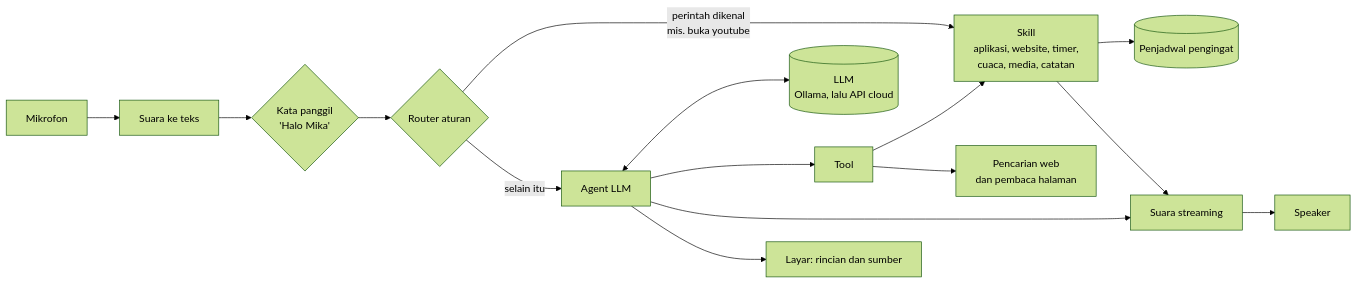
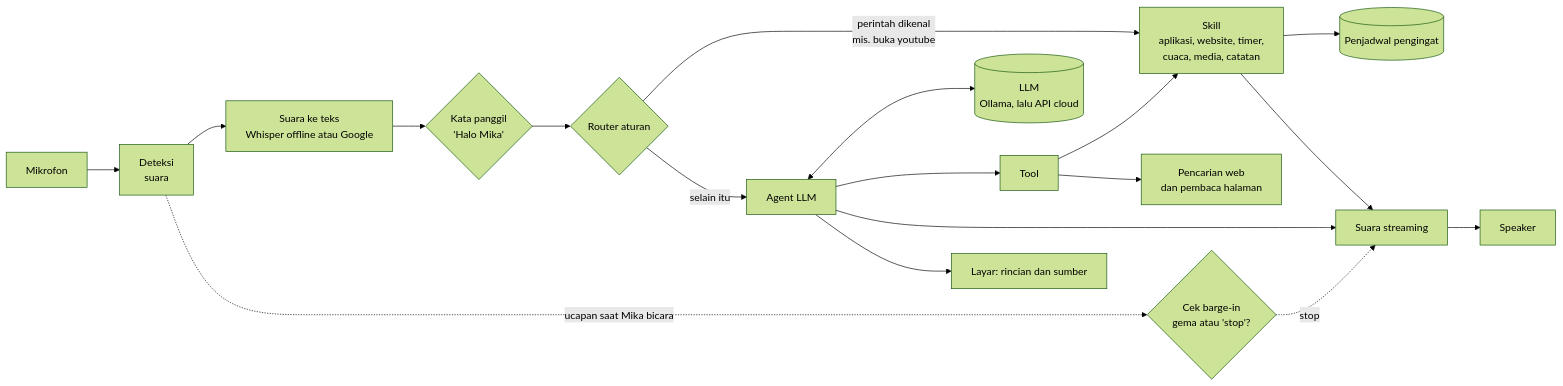
One commit to Adyifa/my-own-personal-ai changed the second of 2 diagrams in README.md. Above: the diagram before and after it, drawn with Mermaid (forest theme). The commit also changed other lines of this file and 28 other files, not shown here.

First line of the commit message:
Add offline speech recognition, barge-in, and latency logging

````diff
--- a/README.md
+++ b/README.md
@@ -224,17 +253,20 @@
 ```mermaid
 flowchart LR
-    Mic[Mikrofon] --> STT[Suara ke teks]
+    Mic[Mikrofon] --> VAD[Deteksi<br/>suara]
+    VAD --> STT[Suara ke teks<br/>Whisper offline atau Google]
+    VAD -. "ucapan saat Mika bicara" .-> Barge{"Cek barge-in<br/>gema atau 'stop'?"}
+    Barge -. stop .-> TTS
     STT --> Wake{"Kata panggil<br/>'Halo Mika'"}
     Wake --> Router{Router aturan}
     Router -- "perintah dikenal<br/>mis. buka youtube" --> Skills[Skill<br/>aplikasi, website, timer,<br/>cuaca, media, catatan]
     Skills --> Scheduler[(Penjadwal pengingat)]
     Router -- "selain itu" --> Agent[Agent LLM]
     Agent <--> LLM[("LLM<br/>Ollama, lalu API cloud")]
     Agent --> Tools[Tool]
     Tools --> Skills
     Tools --> Web[Pencarian web<br/>dan pembaca halaman]
     Agent --> TTS[Suara streaming]
     Skills --> TTS
     Agent --> Screen[Layar: rincian dan sumber]
     TTS --> Speaker[Speaker]
 ```
````
